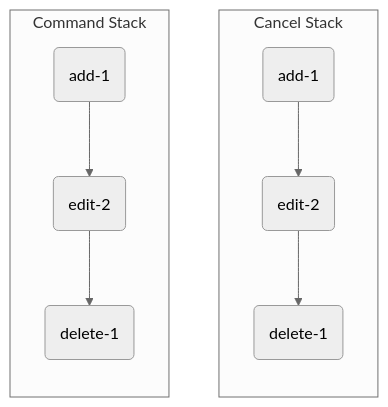
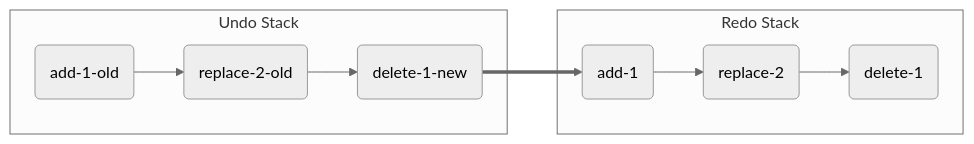
Before and after one commit to lxxorz/doc: the second of 2 diagrams in 前端项目实践/编辑器/undo、redo的设计.md, drawn with Mermaid (neutral theme). The commit also changed other lines of this file, not shown here.

Commit message:
vault backup: 2023-06-04 17:52:02

````diff
--- a/前端项目实践/编辑器/undo、redo的设计.md
+++ b/前端项目实践/编辑器/undo、redo的设计.md
@@ -34,11 +31,13 @@
 ```mermaid
-graph BT
-subgraph Cancel Stack
-  D(add-1) --> E(edit-2) --> F(delete-1)
+graph LR
+subgraph Redo Stack
+  D(add-1) --> E(replace-2) --> F(delete-1)
 end
 
-subgraph Command Stack
-  A(add-1) --> B(edit-2) --> C(delete-1)
+subgraph Undo Stack
+  A(add-1-old) --> B(replace-2-old) --> C(delete-1-new)
 end
 
+C==>D;
+
 ```
````
